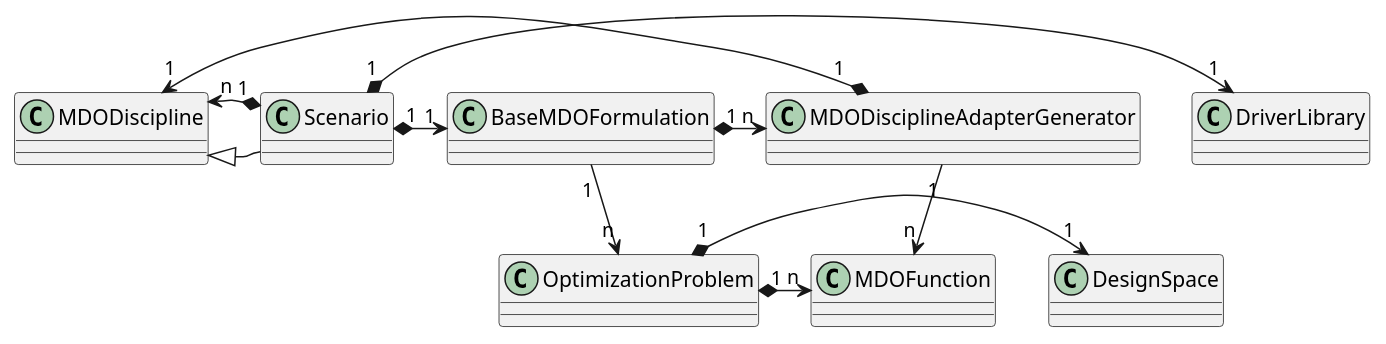
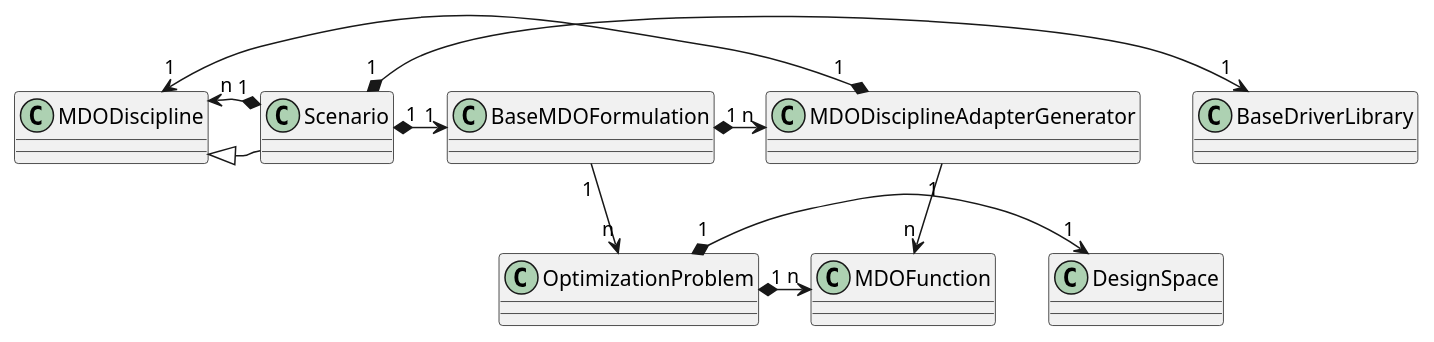
Before and after one commit to gemseo/gemseo: the second of 5 diagrams in doc_src/software/system_architecture.rst, drawn with PlantUML. The commit also changed other lines of this file and 85 other files, not shown here.

```diff
--- a/doc_src/software/system_architecture.rst
+++ b/doc_src/software/system_architecture.rst
@@ -253,31 +253,31 @@
 .. uml::
 
    @startuml
    class Scenario {
    }
    class MDODiscipline {
    }
    class BaseMDOFormulation {
    }
    class OptimizationProblem {
    }
    class DesignSpace {
    }
    class MDODisciplineAdapterGenerator {
    }
    class MDOFunction {
    }
-   class DriverLibrary {
+   class BaseDriverLibrary {
    }
 
    MDODiscipline <|- Scenario
    Scenario "1" *-> "n" MDODiscipline
    Scenario "1" *-> "1" BaseMDOFormulation
    BaseMDOFormulation "1" --> "n" OptimizationProblem
    MDODisciplineAdapterGenerator "1" --> "n" MDOFunction
    MDODisciplineAdapterGenerator "1" *-> "1" MDODiscipline
-   Scenario "1" *-> "1" DriverLibrary
+   Scenario "1" *-> "1" BaseDriverLibrary
    OptimizationProblem "1" *-> "1" DesignSpace
    OptimizationProblem "1" *-> "n" MDOFunction
    BaseMDOFormulation "1" *-> "n" MDODisciplineAdapterGenerator
    @end uml
```
